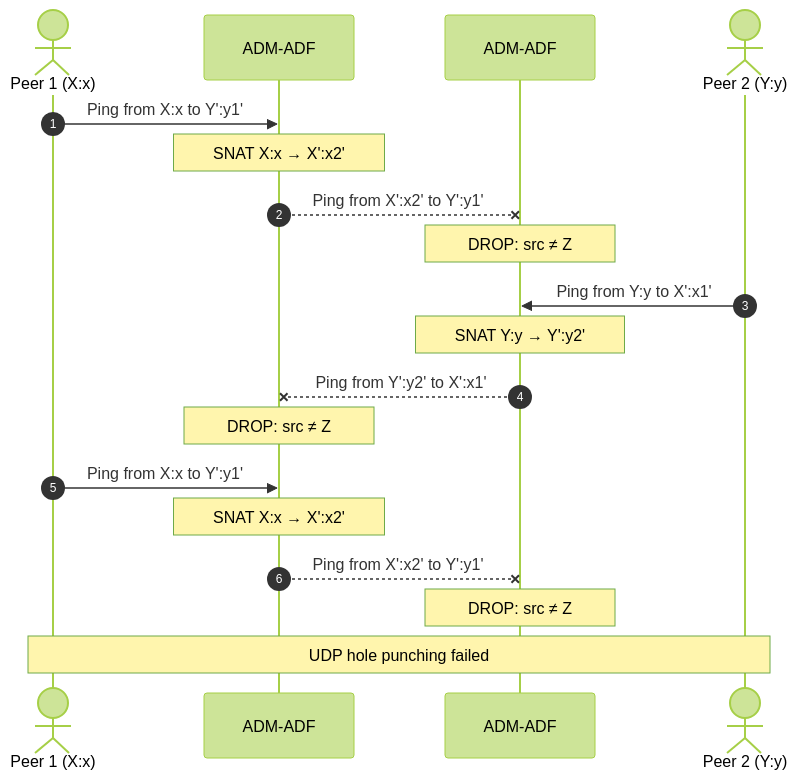
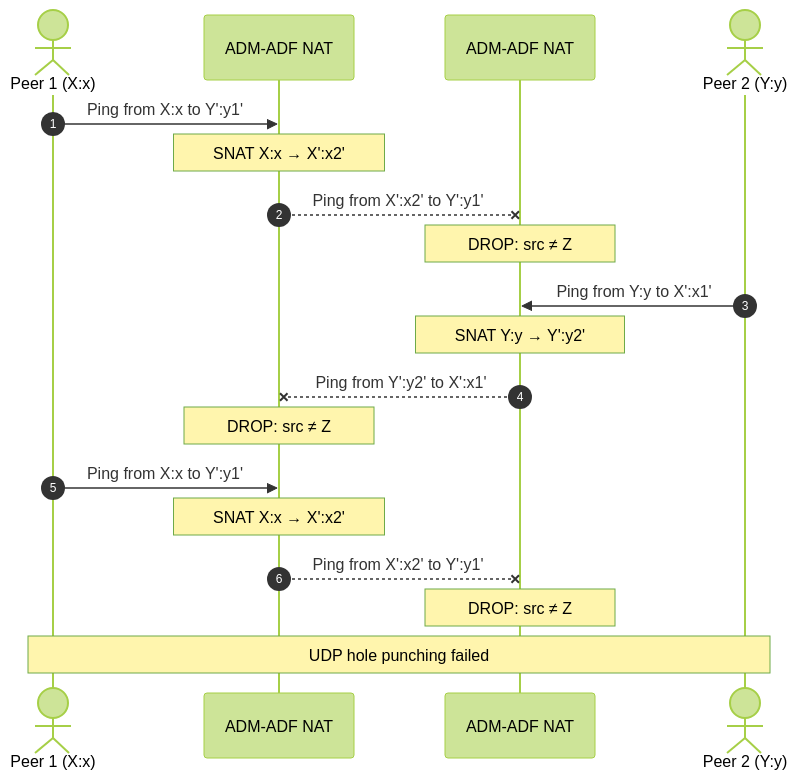
Before and after one commit to eduP2P/common: the seventh of 7 diagrams in test_suite/README.md, drawn with Mermaid (forest theme). The commit also changed other lines of this file, not shown here.

````diff
--- a/test_suite/README.md
+++ b/test_suite/README.md
@@ -1083,30 +1094,30 @@
     ``` mermaid
     sequenceDiagram
        autonumber
 
        actor p1 as Peer 1 (X:x)
-       participant nat1 as ADM-ADF
-       participant nat2 as ADM-ADF
+       participant nat1 as ADM-ADF NAT
+       participant nat2 as ADM-ADF NAT
        actor p2 as Peer 2 (Y:y)
 
        %% Ping 1 from Peer 1
        p1->>nat1: Ping from X:x to Y':y1'
        Note over nat1: SNAT X:x #8594; X':x2'
        nat1--xnat2: Ping from X':x2' to Y':y1'
        Note over nat2: DROP: src #8800; Z
 
        %% Ping 1 from Peer 2
        p2->>nat2: Ping from Y:y to X':x1'
        Note over nat2: SNAT Y:y #8594; Y':y2'
        nat2--xnat1: Ping from Y':y2' to X':x1'
        Note over nat1: DROP: src #8800; Z
 
        %% Ping 2 from Peer 1
        p1->>nat1: Ping from X:x to Y':y1'
        Note over nat1: SNAT X:x #8594; X':x2'
        nat1--xnat2: Ping from X':x2' to Y':y1'
        Note over nat2: DROP: src #8800; Z
 
        %% Fail
        Note over p1,p2: UDP hole punching failed
     ```
````
